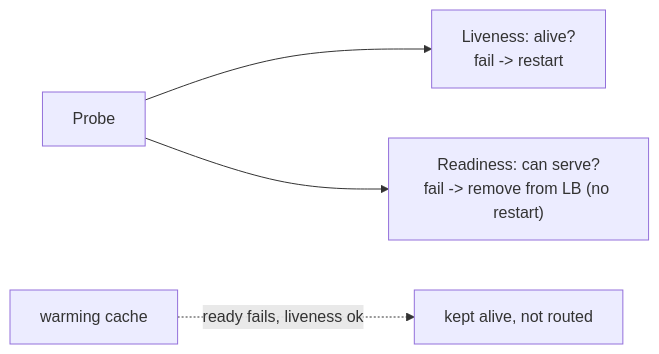
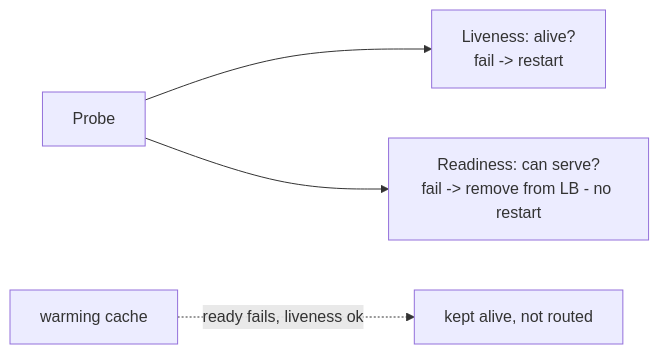
One commit to RIT-MESH/system-design-mastery changed the first of 2 diagrams in docs/06-reliability/02-health-overload.md. Above: the diagram before and after it, drawn with Mermaid. The commit also changed 139 other files, not shown here.

First line of the commit message:
Fix Mermaid parse errors: replace parentheses in node labels across 140 files

````diff
--- a/docs/06-reliability/02-health-overload.md
+++ b/docs/06-reliability/02-health-overload.md
@@ -18,8 +18,8 @@
 ```mermaid
 %% created-for: system-design-mastery
 flowchart LR
   P["Probe"]
   P --> Live["Liveness: alive?<br/>fail -> restart"]
-  P --> Ready["Readiness: can serve?<br/>fail -> remove from LB (no restart)"]
+  P --> Ready["Readiness: can serve?<br/>fail -> remove from LB - no restart"]
   Warm["warming cache"] -.ready fails, liveness ok.-> LB["kept alive, not routed"]
 ```
````
